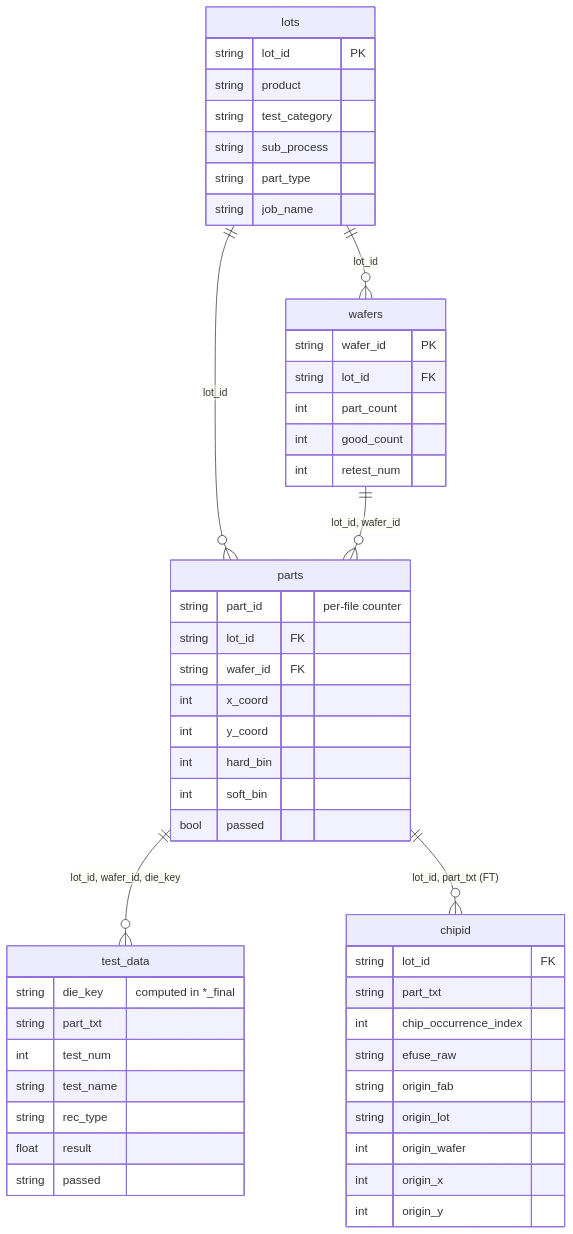
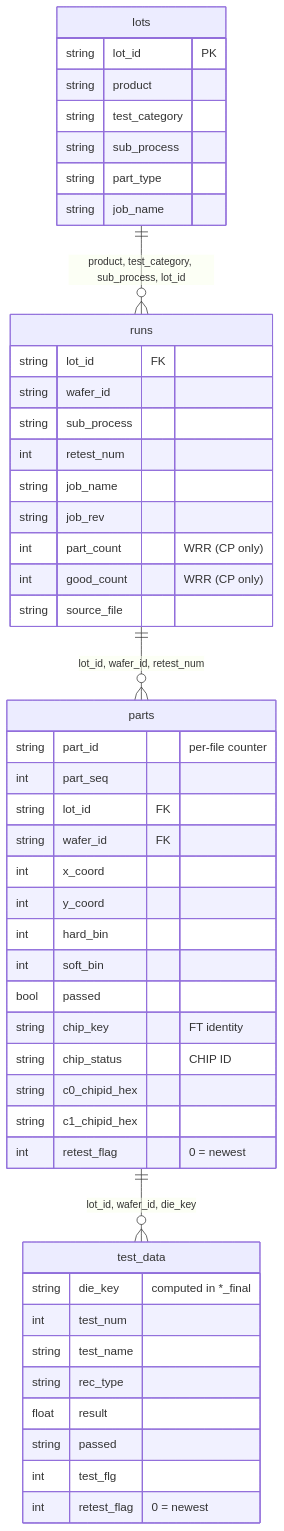
One commit to Kei0bb/STDF changed the diagram in docs/schema.md. Above: the diagram before and after it, drawn with Mermaid. The commit also changed other lines of this file and 38 other files, not shown here.

First line of the commit message:
feat: FT リテストを eFuse で重ね、テーブルを runs/parts/test_data の 3 つにする

````diff
--- a/docs/schema.md
+++ b/docs/schema.md
@@ -307,54 +298,52 @@
 ```mermaid
 erDiagram
-    lots ||--o{ wafers : "lot_id"
-    lots ||--o{ parts : "lot_id"
-    wafers ||--o{ parts : "lot_id, wafer_id"
+    lots ||--o{ runs : "product, test_category, sub_process, lot_id"
+    runs ||--o{ parts : "lot_id, wafer_id, retest_num"
     parts ||--o{ test_data : "lot_id, wafer_id, die_key"
-    parts ||--o{ chipid : "lot_id, part_txt (FT)"
 
     lots {
         string lot_id PK
         string product
         string test_category
         string sub_process
         string part_type
         string job_name
     }
-    wafers {
-        string wafer_id PK
+    runs {
         string lot_id FK
-        int part_count
-        int good_count
+        string wafer_id
+        string sub_process
         int retest_num
+        string job_name
+        string job_rev
+        int part_count "WRR (CP only)"
+        int good_count "WRR (CP only)"
+        string source_file
     }
     parts {
         string part_id "per-file counter"
+        int part_seq
         string lot_id FK
         string wafer_id FK
         int x_coord
         int y_coord
         int hard_bin
         int soft_bin
         bool passed
+        string chip_key "FT identity"
+        string chip_status "CHIP ID"
+        string c0_chipid_hex
+        string c1_chipid_hex
+        int retest_flag "0 = newest"
     }
     test_data {
         string die_key "computed in *_final"
-        string part_txt
         int test_num
         string test_name
         string rec_type
         float result
         string passed
-    }
-    chipid {
-        string lot_id FK
-        string part_txt
-        int chip_occurrence_index
-        string efuse_raw
-        string origin_fab
-        string origin_lot
-        int origin_wafer
-        int origin_x
-        int origin_y
+        int test_flg
+        int retest_flag "0 = newest"
     }
 ```
````
